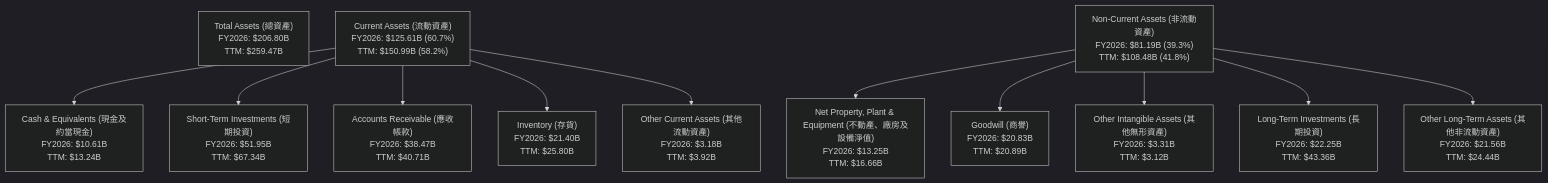
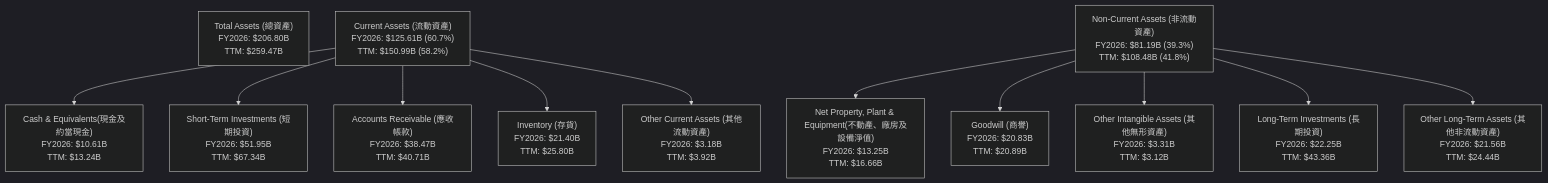
One commit to yennanliu/finance_data changed the sixth of 14 diagrams in ai_gen_report/stock/nvda/fundamental_analysis_2026-06-29_gemini.md. Above: the diagram before and after it, drawn with Mermaid (dark theme). The commit also changed other lines of this file and 2258 other files, not shown here.

First line of the commit message:
chore: backfill Mermaid syntax repair across existing reports

````diff
--- a/ai_gen_report/stock/nvda/fundamental_analysis_2026-06-29_gemini.md
+++ b/ai_gen_report/stock/nvda/fundamental_analysis_2026-06-29_gemini.md
@@ -353,19 +353,19 @@
 ```mermaid
 graph TD
     TA["Total Assets (總資產)<br/>FY2026: $206.80B<br/>TTM: $259.47B"]
 
     CA["Current Assets (流動資產)<br/>FY2026: $125.61B (60.7%)<br/>TTM: $150.99B (58.2%)"]
     NCA["Non-Current Assets (非流動資產)<br/>FY2026: $81.19B (39.3%)<br/>TTM: $108.48B (41.8%)"]
 
-    CA --> CCE["Cash & Equivalents (現金及約當現金)<br/>FY2026: $10.61B<br/>TTM: $13.24B"]
+    CA --> CCE["Cash & Equivalents(現金及約當現金)<br/>FY2026: $10.61B<br/>TTM: $13.24B"]
     CA --> STI["Short-Term Investments (短期投資)<br/>FY2026: $51.95B<br/>TTM: $67.34B"]
     CA --> AR["Accounts Receivable (應收帳款)<br/>FY2026: $38.47B<br/>TTM: $40.71B"]
     CA --> INV["Inventory (存貨)<br/>FY2026: $21.40B<br/>TTM: $25.80B"]
     CA --> OCA["Other Current Assets (其他流動資產)<br/>FY2026: $3.18B<br/>TTM: $3.92B"]
 
-    NCA --> PPNE["Net Property, Plant & Equipment (不動產、廠房及設備淨值)<br/>FY2026: $13.25B<br/>TTM: $16.66B"]
+    NCA --> PPNE["Net Property, Plant & Equipment(不動產、廠房及設備淨值)<br/>FY2026: $13.25B<br/>TTM: $16.66B"]
     NCA --> GW["Goodwill (商譽)<br/>FY2026: $20.83B<br/>TTM: $20.89B"]
     NCA --> OIA["Other Intangible Assets (其他無形資產)<br/>FY2026: $3.31B<br/>TTM: $3.12B"]
     NCA --> LTI["Long-Term Investments (長期投資)<br/>FY2026: $22.25B<br/>TTM: $43.36B"]
     NCA --> OLA["Other Long-Term Assets (其他非流動資產)<br/>FY2026: $21.56B<br/>TTM: $24.44B"]
 ```
````
